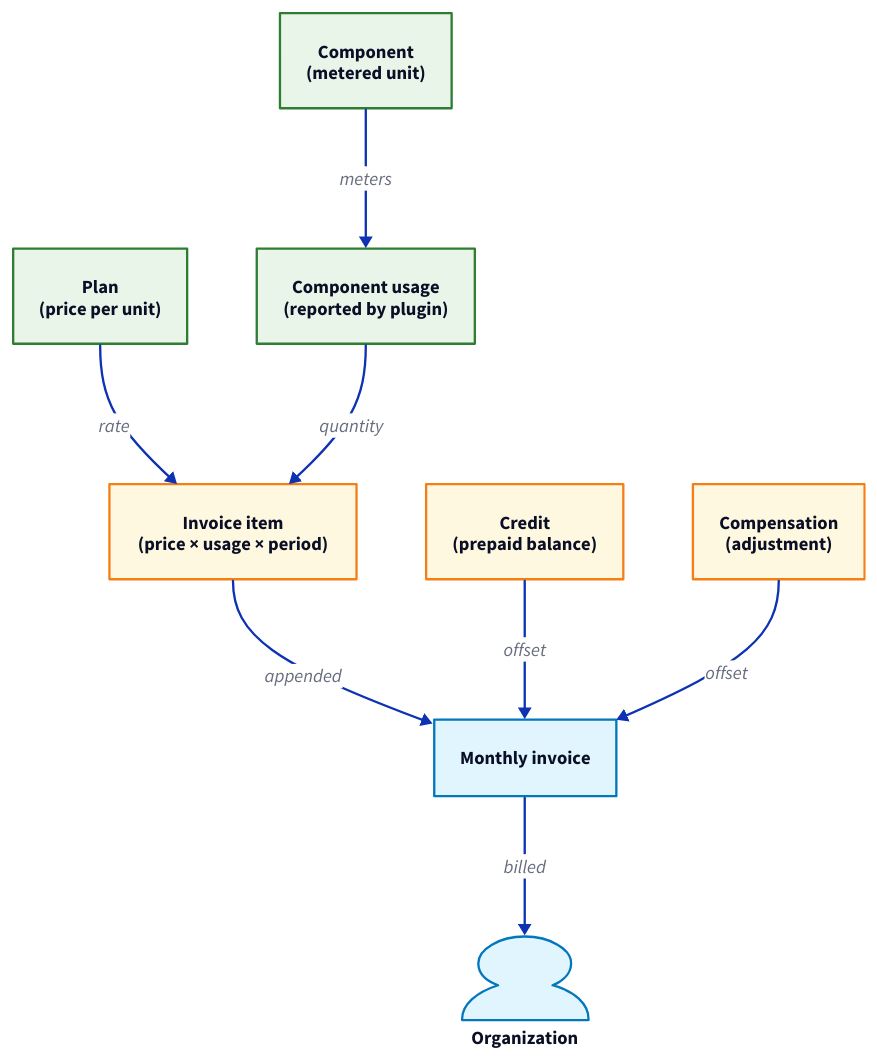
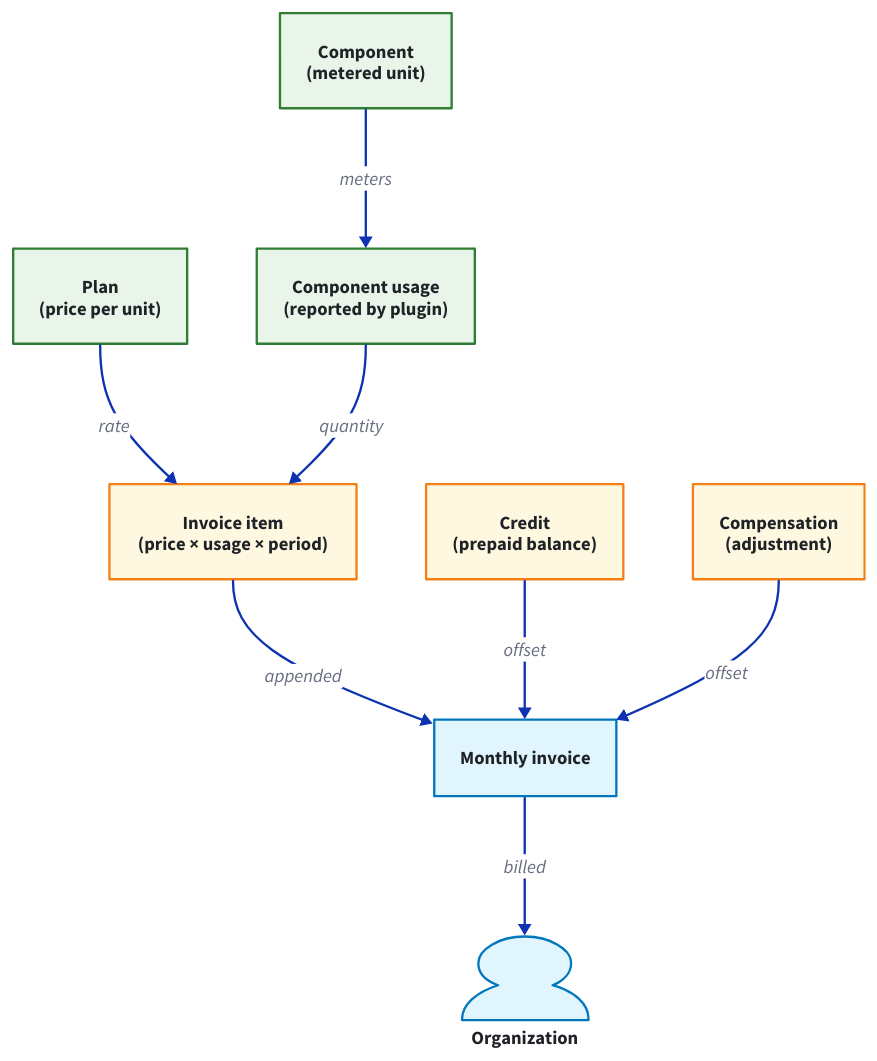
Before and after one commit to waldur/waldur-docs: the diagram in docs/about/concepts/billing.md, drawn with D2. The commit also changed 51 other files, not shown here.

Commit message:
Group docs navigation into reader-task tabs, fix dead links and unreadable diagrams [#30] [#31]

````diff
--- a/docs/about/concepts/billing.md
+++ b/docs/about/concepts/billing.md
@@ -9,27 +9,27 @@
 ```d2
 direction: down
 classes: {
-  source:  { style: { fill: "#e8f5e8"; stroke: "#2e7d32" } }
-  derived: { style: { fill: "#fff8e1"; stroke: "#f57f17" } }
-  output:  { style: { fill: "#e1f5fe"; stroke: "#0277bd" } }
+  source:  { style: { fill: "#e8f5e8"; font-color: "#1f2328"; stroke: "#2e7d32" } }
+  derived: { style: { fill: "#fff8e1"; font-color: "#1f2328"; stroke: "#f57f17" } }
+  output:  { style: { fill: "#e1f5fe"; font-color: "#1f2328"; stroke: "#0277bd" } }
 }
 
 plan: Plan\n(price per unit) { class: source }
 component: Component\n(metered unit) { class: source }
 usage: Component usage\n(reported by plugin) { class: source }
 
 item: Invoice item\n(price × usage × period) { class: derived }
 credit: Credit\n(prepaid balance) { class: derived }
 compensation: Compensation\n(adjustment) { class: derived }
 
 invoice: Monthly invoice { class: output }
 org: Organization { class: output; shape: person }
 
 plan -> item: rate
 component -> usage: meters
 usage -> item: quantity
 item -> invoice: appended
 credit -> invoice: offset
 compensation -> invoice: offset
 invoice -> org: billed
 ```
````
